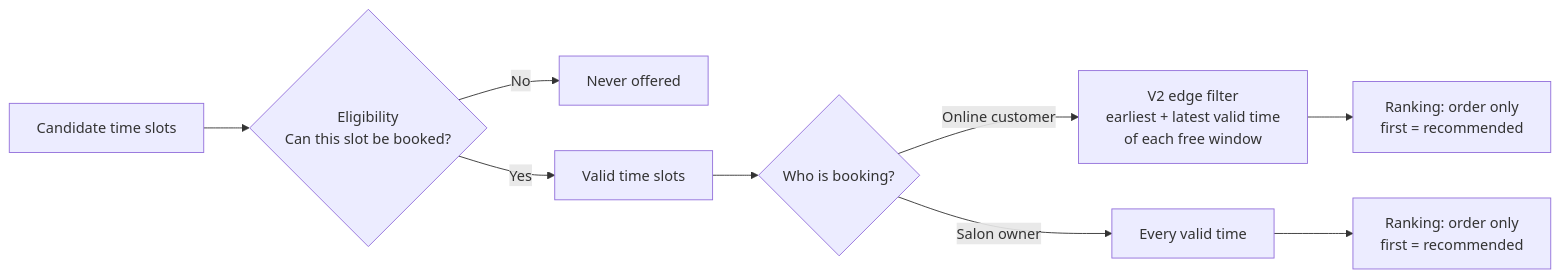
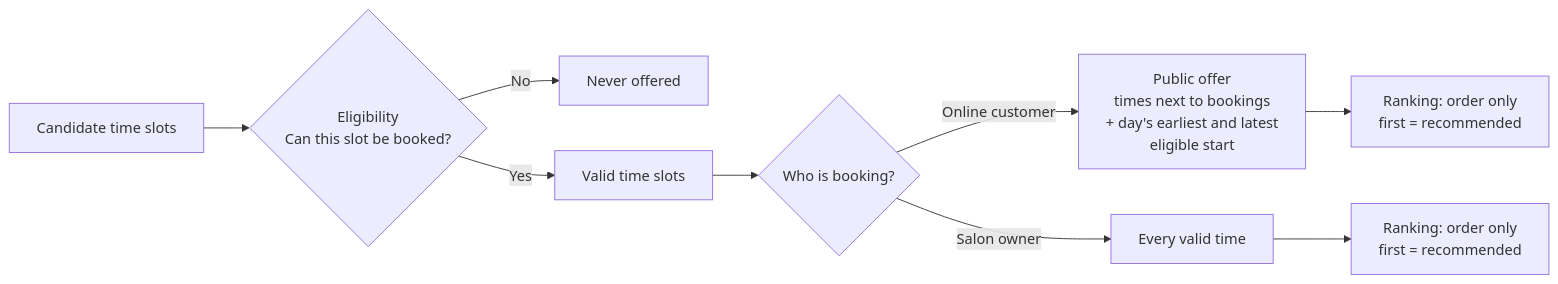
The diagram in README.md (N0vocaine/timbra-qa-portfolio), drawn with Mermaid before and after one commit. The commit also changed other lines of this file and 4 other files, not shown here.

````diff
--- a/README.md
+++ b/README.md
@@ -65,11 +66,11 @@
 ```mermaid
 flowchart LR
     A["Candidate time slots"] --> B{"Eligibility<br/>Can this slot be booked?"}
     B -- "No" --> X["Never offered"]
     B -- "Yes" --> C["Valid time slots"]
     C --> D{"Who is booking?"}
-    D -- "Online customer" --> E["V2 edge filter<br/>earliest + latest valid time<br/>of each free window"]
+    D -- "Online customer" --> E["Public offer<br/>times next to bookings<br/>+ day's earliest and latest<br/>eligible start"]
     D -- "Salon owner" --> F["Every valid time"]
     E --> R1["Ranking: order only<br/>first = recommended"]
     F --> R2["Ranking: order only<br/>first = recommended"]
 ```
````
